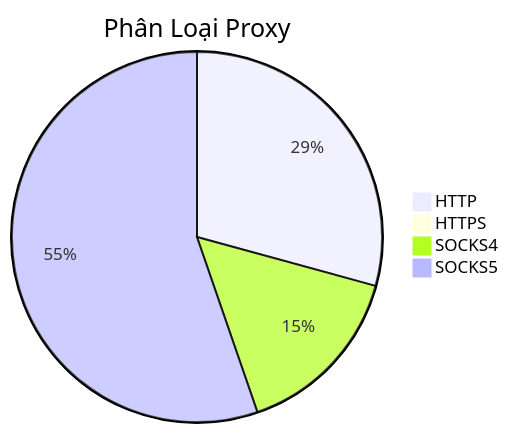
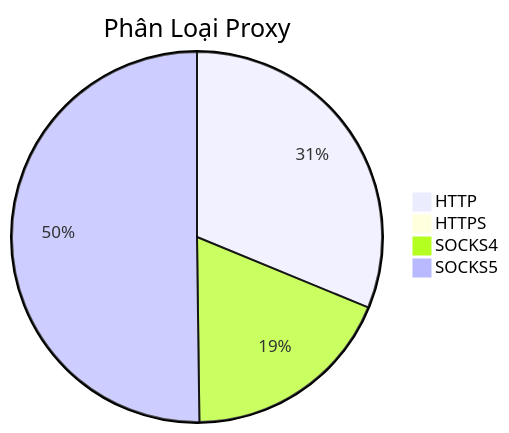
Before and after one commit to Ciara-12/PROXY-free: the diagram in README.md, drawn with Mermaid. The commit also changed other lines of this file and 4 other files, not shown here.

````diff
--- a/README.md
+++ b/README.md
@@ -26,7 +26,7 @@
 ```mermaid
 pie title Phân Loại Proxy
-    "HTTP" : 354
-    "HTTPS" : 1
-    "SOCKS4" : 187
-    "SOCKS5" : 669
+    "HTTP" : 452
+    "HTTPS" : 2
+    "SOCKS4" : 269
+    "SOCKS5" : 727
 ```
````
